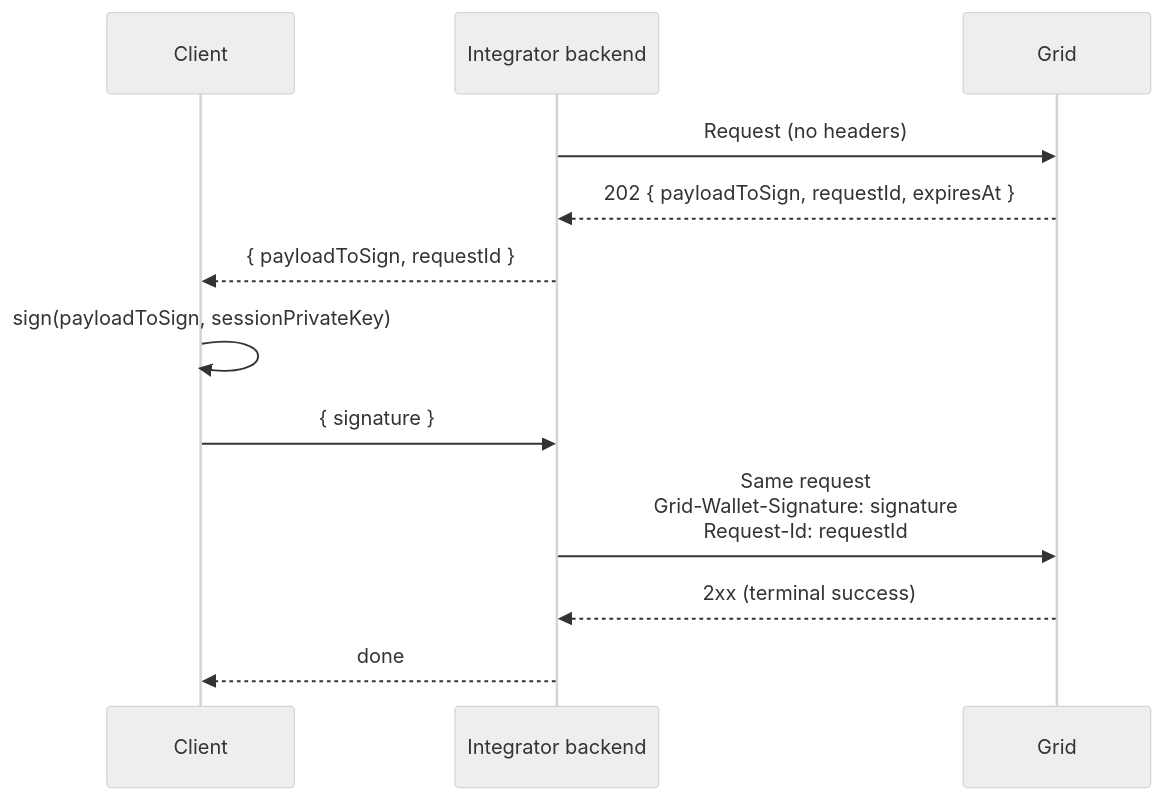
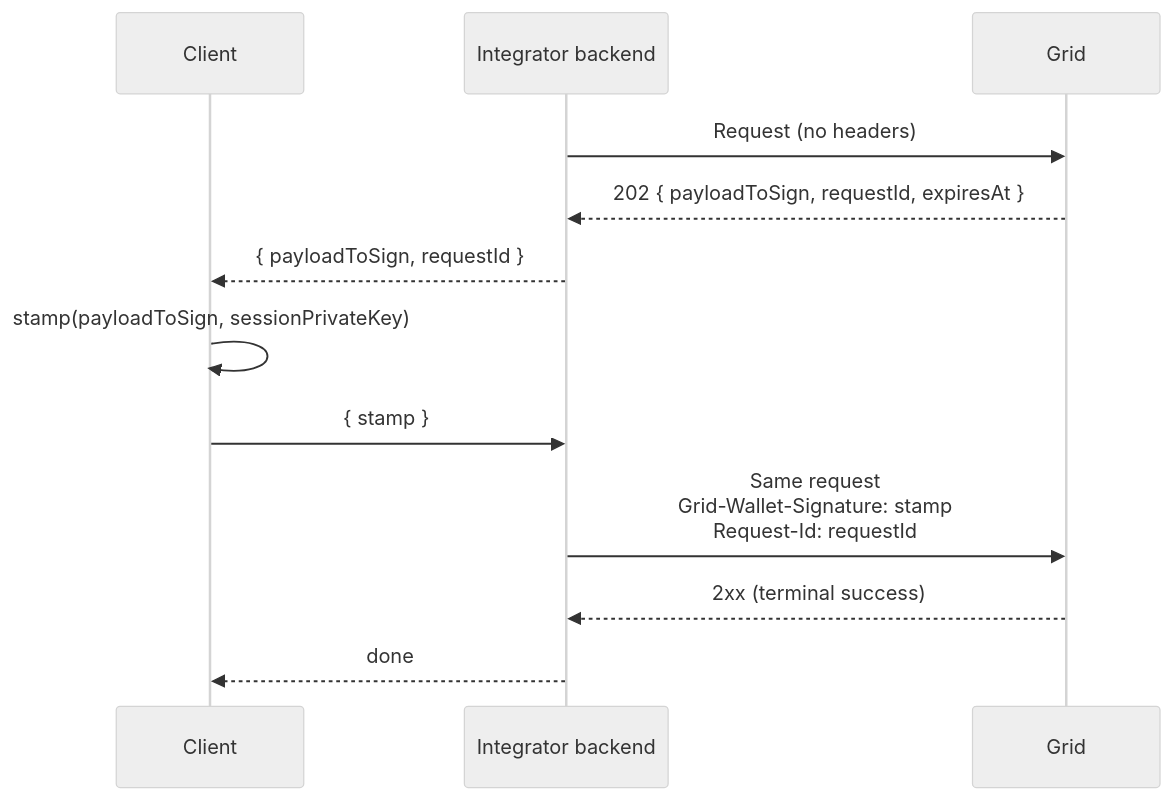
Before and after one commit to lightsparkdev/grid-api: the fifth of 5 diagrams in mintlify/snippets/global-accounts/authentication.mdx, drawn with Mermaid (neutral theme). The commit also changed other lines of this file and 12 other files, not shown here.

````diff
--- a/mintlify/snippets/global-accounts/authentication.mdx
+++ b/mintlify/snippets/global-accounts/authentication.mdx
@@ -549,15 +589,15 @@
 ```mermaid
 sequenceDiagram
   participant C as Client
   participant IB as Integrator backend
   participant G as Grid
 
   IB->>G: Request (no headers)
   G-->>IB: 202 { payloadToSign, requestId, expiresAt }
   IB-->>C: { payloadToSign, requestId }
-  C->>C: sign(payloadToSign, sessionPrivateKey)
-  C->>IB: { signature }
-  IB->>G: Same request<br/>Grid-Wallet-Signature: signature<br/>Request-Id: requestId
+  C->>C: stamp(payloadToSign, sessionPrivateKey)
+  C->>IB: { stamp }
+  IB->>G: Same request<br/>Grid-Wallet-Signature: stamp<br/>Request-Id: requestId
   G-->>IB: 2xx (terminal success)
   IB-->>C: done
 ```
````
